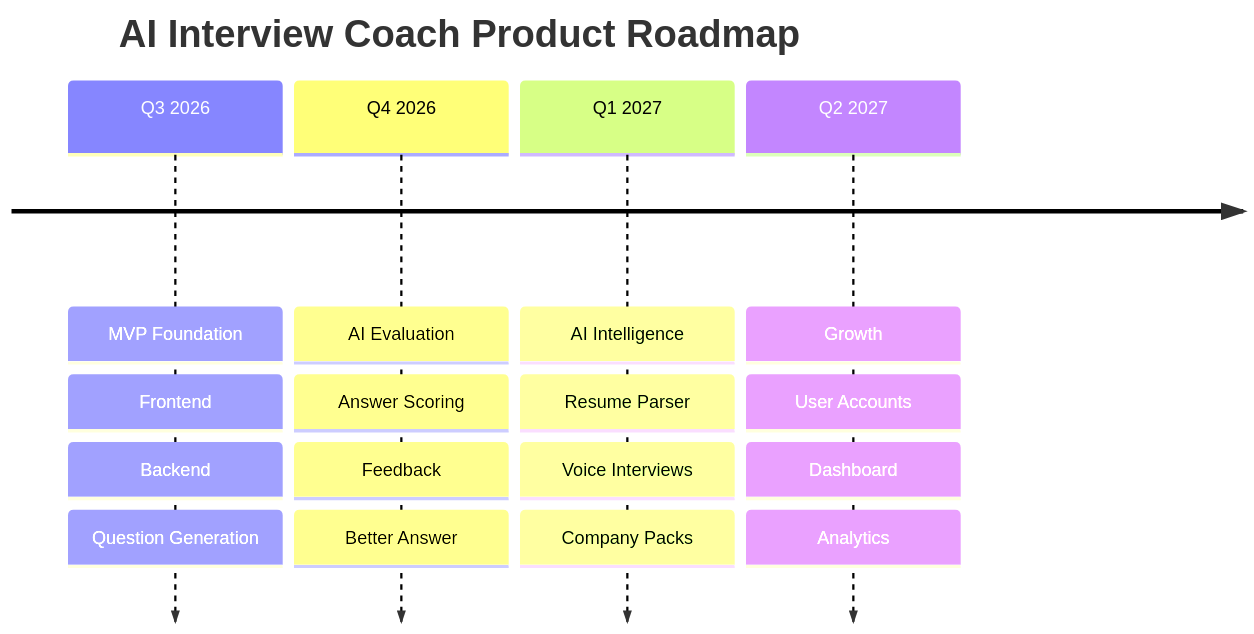
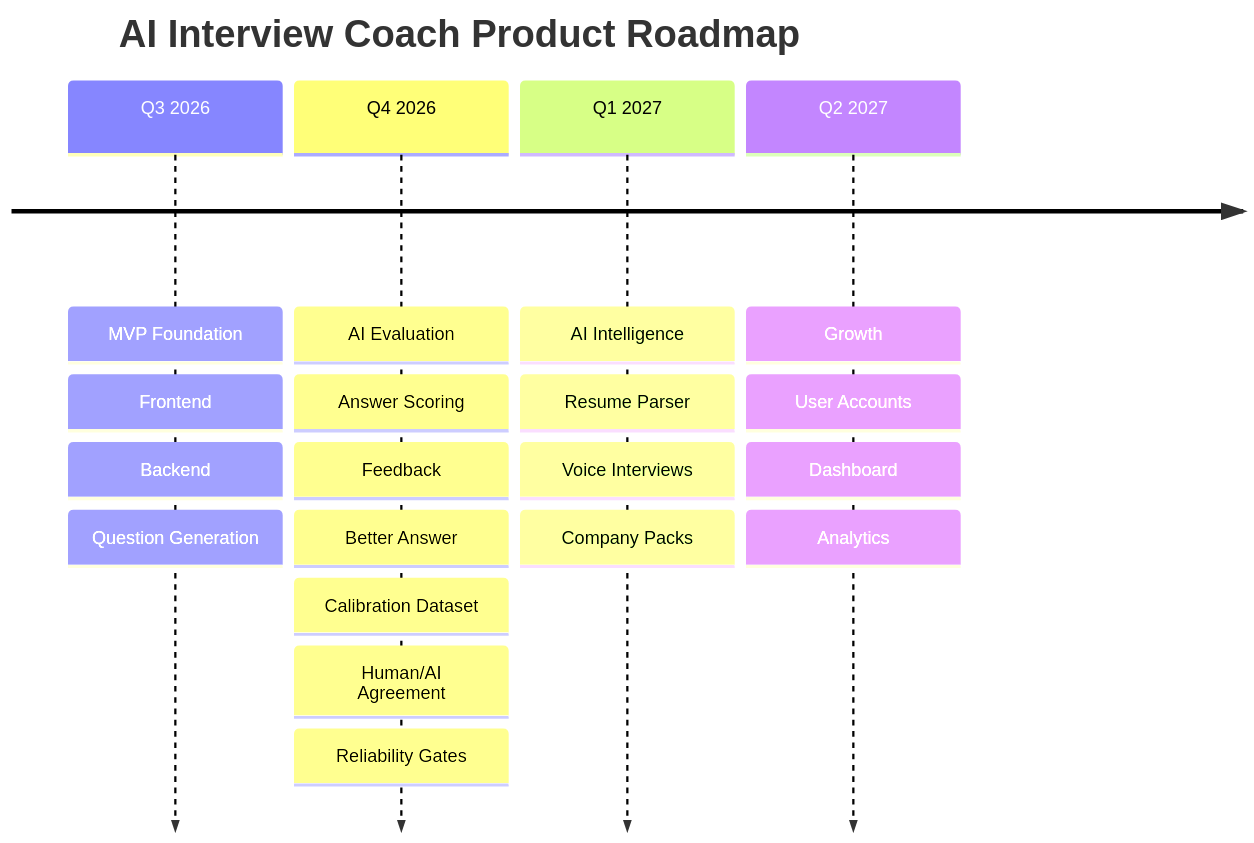
Before and after one commit to vibecodepm/AI-Interview-Coach: the diagram in docs/Product-Roadmap.md, drawn with Mermaid. The commit also changed other lines of this file and 2 other files, not shown here.

Commit message:
docs: add AI evaluation calibration and reliability requirements

````diff
--- a/docs/Product-Roadmap.md
+++ b/docs/Product-Roadmap.md
@@ -21,24 +21,27 @@
 ```mermaid
 timeline
     title AI Interview Coach Product Roadmap
 
     Q3 2026 : MVP Foundation
             : Frontend
             : Backend
             : Question Generation
 
     Q4 2026 : AI Evaluation
             : Answer Scoring
             : Feedback
             : Better Answer
+            : Calibration Dataset
+            : Human/AI Agreement
+            : Reliability Gates
 
     Q1 2027 : AI Intelligence
             : Resume Parser
             : Voice Interviews
             : Company Packs
 
     Q2 2027 : Growth
             : User Accounts
             : Dashboard
             : Analytics
 ```
````
